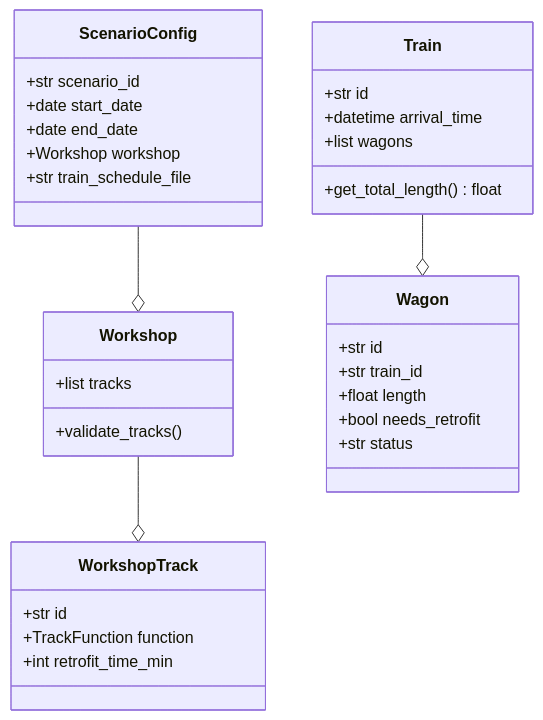
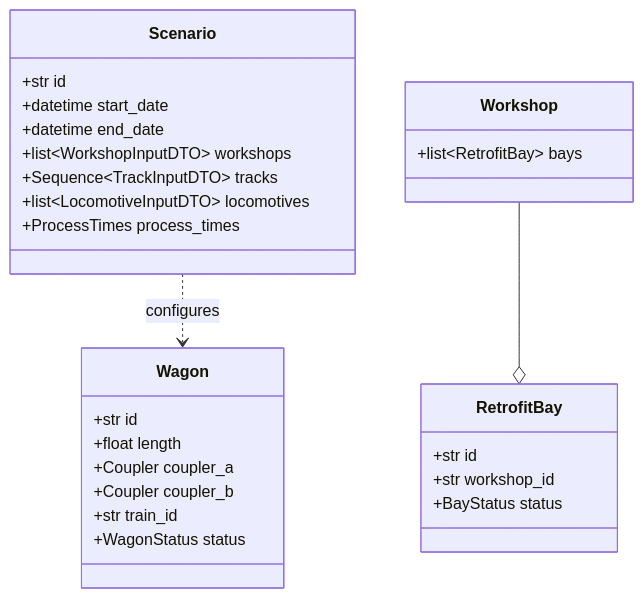
Before and after one commit to OpenRailAssociation/dac-migration-dss-popupsim: the diagram in docs/mvp/development/03-mvp-domain-model.md, drawn with Mermaid. The commit also changed other lines of this file and 73 other files, not shown here.

````diff
--- a/docs/mvp/development/03-mvp-domain-model.md
+++ b/docs/mvp/development/03-mvp-domain-model.md
@@ -9,40 +14,34 @@
 ```mermaid
 classDiagram
-    class ScenarioConfig {
-        +str scenario_id
-        +date start_date
-        +date end_date
-        +Workshop workshop
-        +str train_schedule_file
-    }
-
-    class Workshop {
-        +list tracks
-        +validate_tracks()
-    }
-
-    class WorkshopTrack {
+    class Scenario {
         +str id
-        +TrackFunction function
-        +int retrofit_time_min
-    }
-
-    class Train {
-        +str id
-        +datetime arrival_time
-        +list wagons
-        +get_total_length() float
+        +datetime start_date
+        +datetime end_date
+        +list~WorkshopInputDTO~ workshops
+        +Sequence~TrackInputDTO~ tracks
+        +list~LocomotiveInputDTO~ locomotives
+        +ProcessTimes process_times
     }
 
     class Wagon {
         +str id
+        +float length
+        +Coupler coupler_a
+        +Coupler coupler_b
         +str train_id
-        +float length
-        +bool needs_retrofit
-        +str status
+        +WagonStatus status
     }
 
-    ScenarioConfig --o Workshop
-    Workshop --o WorkshopTrack
-    Train --o Wagon
+    class Workshop {
+        +list~RetrofitBay~ bays
+    }
+
+    class RetrofitBay {
+        +str id
+        +str workshop_id
+        +BayStatus status
+    }
+
+    Scenario ..> Wagon : configures
+    Workshop --o RetrofitBay
 ```
````
